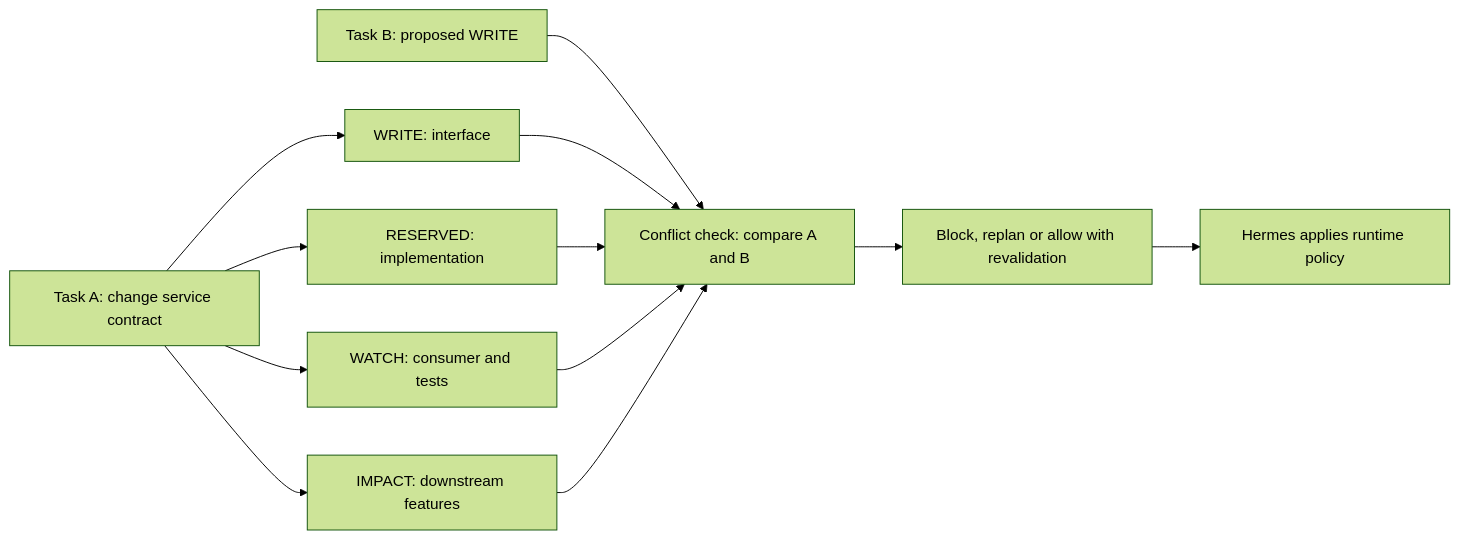
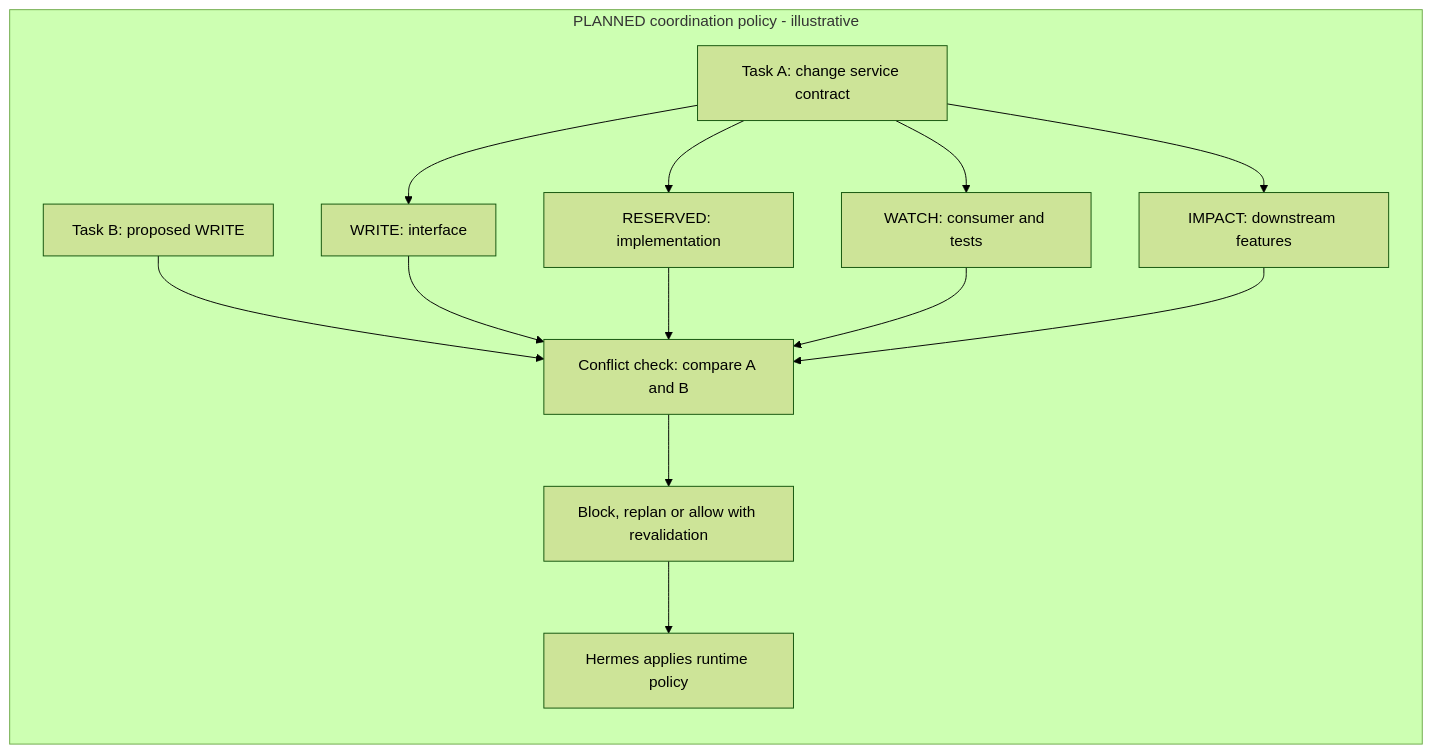
One commit to dinisroxo99/hermes-nexus changed the diagram in docs/CONCEPTS.md. Above: the diagram before and after it, drawn with Mermaid (forest theme). The commit also changed other lines of this file and 2 other files, not shown here.

````diff
--- a/docs/CONCEPTS.md
+++ b/docs/CONCEPTS.md
@@ -156,14 +220,16 @@
 ```mermaid
 flowchart LR
+    subgraph FUTURE["PLANNED coordination policy - illustrative"]
     A["Task A: change service contract"] --> W["WRITE: interface"]
     A --> R["RESERVED: implementation"]
     A --> V["WATCH: consumer and tests"]
     A --> I["IMPACT: downstream features"]
     B["Task B: proposed WRITE"] --> C["Conflict check: compare A and B"]
     W --> C
     R --> C
     V --> C
     I --> C
     C --> O["Block, replan or allow with revalidation"]
     O --> H["Hermes applies runtime policy"]
+    end
 ```
````
